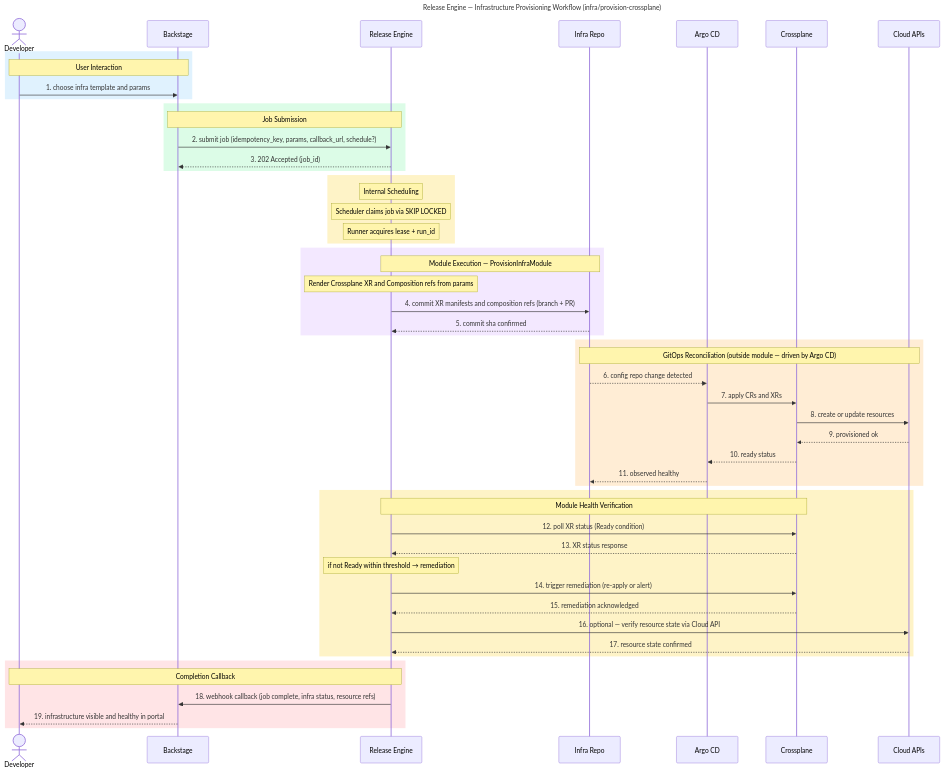
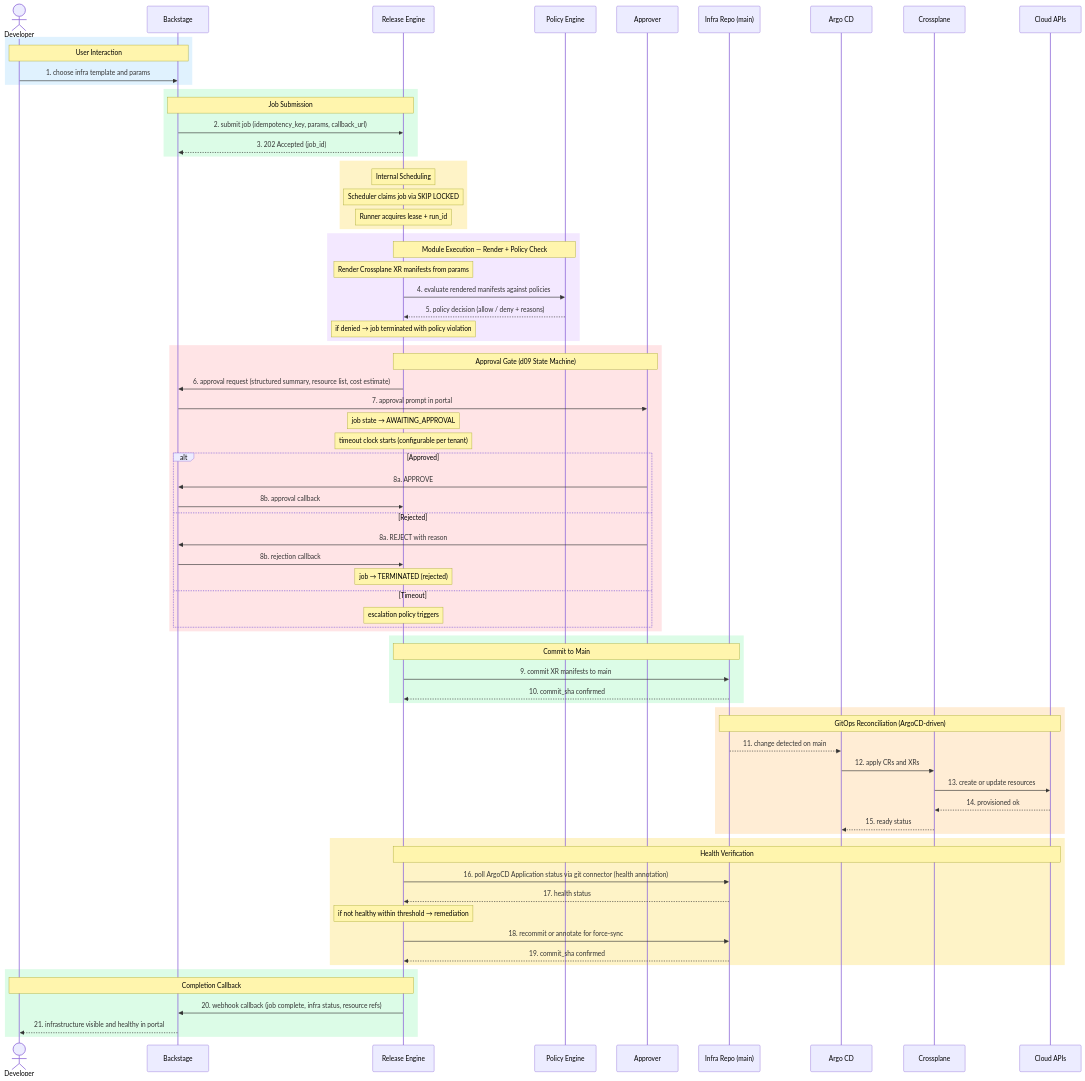
Before and after one commit to gatblau/release-engine: the first of 2 diagrams in docs/workflows/infra_provision.md, drawn with Mermaid. The commit also changed other lines of this file and 143 other files, not shown here.

Commit message:
integrate infra module

````diff
--- a/docs/workflows/infra_provision.md
+++ b/docs/workflows/infra_provision.md
@@ -52,12 +44,11 @@
 ```mermaid
----
-title: "Release Engine — Infrastructure Provisioning Workflow (infra/provision-crossplane)"
----
 sequenceDiagram
     actor Developer
     participant Backstage
     participant ReleaseEngine as Release Engine
-    participant InfraRepo as Infra Repo
+    participant OPA as Policy Engine
+    participant Approver
+    participant InfraRepo as Infra Repo (main)
     participant ArgoCD as Argo CD
     participant Crossplane
     participant CloudAPIs as Cloud APIs
@@ -69,7 +60,7 @@
 
     rect rgb(220, 252, 231)
         Note over Backstage,ReleaseEngine: Job Submission
-        Backstage->>ReleaseEngine: 2. submit job (idempotency_key, params, callback_url, schedule?)
+        Backstage->>ReleaseEngine: 2. submit job (idempotency_key, params, callback_url)
         ReleaseEngine-->>Backstage: 3. 202 Accepted (job_id)
     end
 
@@ -80,36 +71,58 @@
     end
 
     rect rgb(243, 232, 255)
-        Note over ReleaseEngine,InfraRepo: Module Execution — ProvisionInfraModule
-        Note over ReleaseEngine: Render Crossplane XR and Composition refs from params
-        ReleaseEngine->>InfraRepo: 4. commit XR manifests and composition refs (branch + PR)
-        InfraRepo-->>ReleaseEngine: 5. commit sha confirmed
+        Note over ReleaseEngine,OPA: Module Execution — Render + Policy Check
+        Note over ReleaseEngine: Render Crossplane XR manifests from params
+        ReleaseEngine->>OPA: 4. evaluate rendered manifests against policies
+        OPA-->>ReleaseEngine: 5. policy decision (allow / deny + reasons)
+        Note over ReleaseEngine: if denied → job terminated with policy violation
+    end
+
+    rect rgb(255, 228, 230)
+        Note over ReleaseEngine,Approver: Approval Gate (d09 State Machine)
+        ReleaseEngine->>Backstage: 6. approval request (structured summary, resource list, cost estimate)
+        Backstage->>Approver: 7. approval prompt in portal
+        Note over ReleaseEngine: job state → AWAITING_APPROVAL
+        Note over ReleaseEngine: timeout clock starts (configurable per tenant)
+        alt Approved
+            Approver->>Backstage: 8a. APPROVE
+            Backstage->>ReleaseEngine: 8b. approval callback
+        else Rejected
+            Approver->>Backstage: 8a. REJECT with reason
+            Backstage->>ReleaseEngine: 8b. rejection callback
+            Note over ReleaseEngine: job → TERMINATED (rejected)
+        else Timeout
+            Note over ReleaseEngine: escalation policy triggers
+        end
+    end
+
+    rect rgb(220, 252, 231)
+        Note over ReleaseEngine,InfraRepo: Commit to Main
+        ReleaseEngine->>InfraRepo: 9. commit XR manifests to main
+        InfraRepo-->>ReleaseEngine: 10. commit_sha confirmed
     end
 
     rect rgb(255, 237, 213)
-        Note over InfraRepo,CloudAPIs: GitOps Reconciliation (outside module — driven by Argo CD)
-        InfraRepo-->>ArgoCD: 6. config repo change detected
-        ArgoCD->>Crossplane: 7. apply CRs and XRs
-        Crossplane->>CloudAPIs: 8. create or update resources
-        CloudAPIs-->>Crossplane: 9. provisioned ok
-        Crossplane-->>ArgoCD: 10. ready status
-        ArgoCD-->>InfraRepo: 11. observed healthy
+        Note over InfraRepo,CloudAPIs: GitOps Reconciliation (ArgoCD-driven)
+        InfraRepo-->>ArgoCD: 11. change detected on main
+        ArgoCD->>Crossplane: 12. apply CRs and XRs
+        Crossplane->>CloudAPIs: 13. create or update resources
+        CloudAPIs-->>Crossplane: 14. provisioned ok
+        Crossplane-->>ArgoCD: 15. ready status
     end
 
     rect rgb(254, 243, 199)
-        Note over ReleaseEngine,Crossplane: Module Health Verification
-        ReleaseEngine->>Crossplane: 12. poll XR status (Ready condition)
-        Crossplane-->>ReleaseEngine: 13. XR status response
-        Note over ReleaseEngine: if not Ready within threshold → remediation
-        ReleaseEngine->>Crossplane: 14. trigger remediation (re-apply or alert)
-        Crossplane-->>ReleaseEngine: 15. remediation acknowledged
-        ReleaseEngine->>CloudAPIs: 16. optional — verify resource state via Cloud API
-        CloudAPIs-->>ReleaseEngine: 17. resource state confirmed
+        Note over ReleaseEngine,CloudAPIs: Health Verification
+        ReleaseEngine->>InfraRepo: 16. poll ArgoCD Application status via git connector (health annotation)
+        InfraRepo-->>ReleaseEngine: 17. health status
+        Note over ReleaseEngine: if not healthy within threshold → remediation
+        ReleaseEngine->>InfraRepo: 18. recommit or annotate for force-sync
+        InfraRepo-->>ReleaseEngine: 19. commit_sha confirmed
     end
 
-    rect rgb(255, 228, 230)
+    rect rgb(220, 252, 231)
         Note over ReleaseEngine,Developer: Completion Callback
-        ReleaseEngine->>Backstage: 18. webhook callback (job complete, infra status, resource refs)
-        Backstage-->>Developer: 19. infrastructure visible and healthy in portal
+        ReleaseEngine->>Backstage: 20. webhook callback (job complete, infra status, resource refs)
+        Backstage-->>Developer: 21. infrastructure visible and healthy in portal
     end
 ```
````
